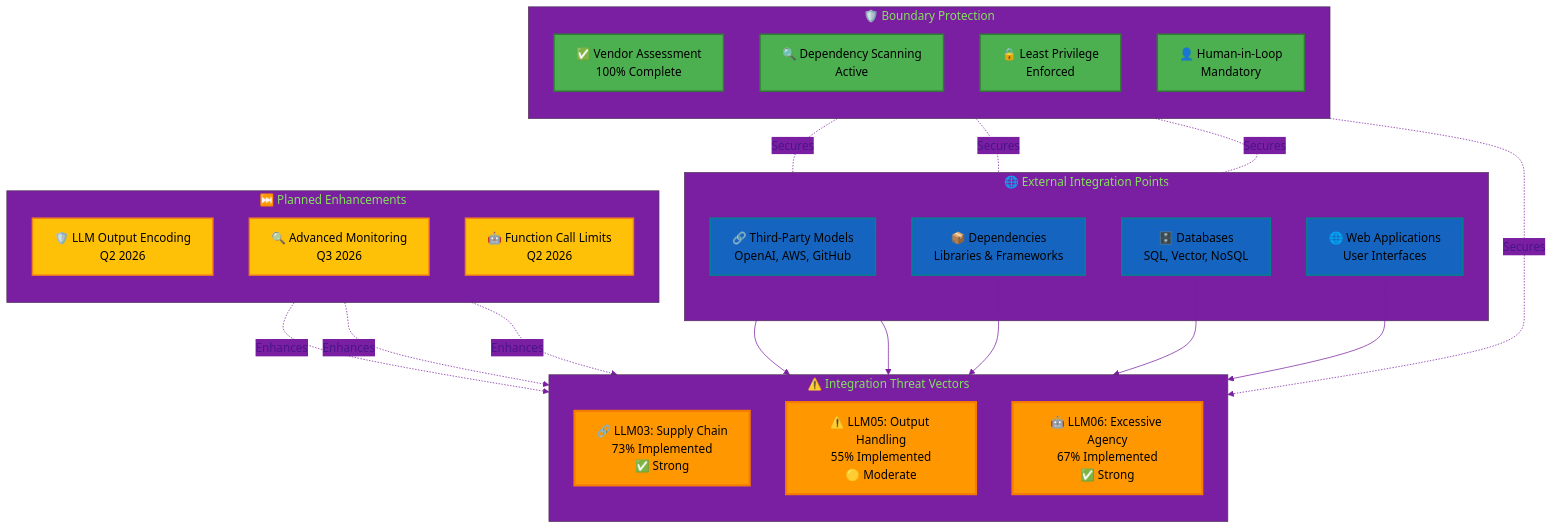
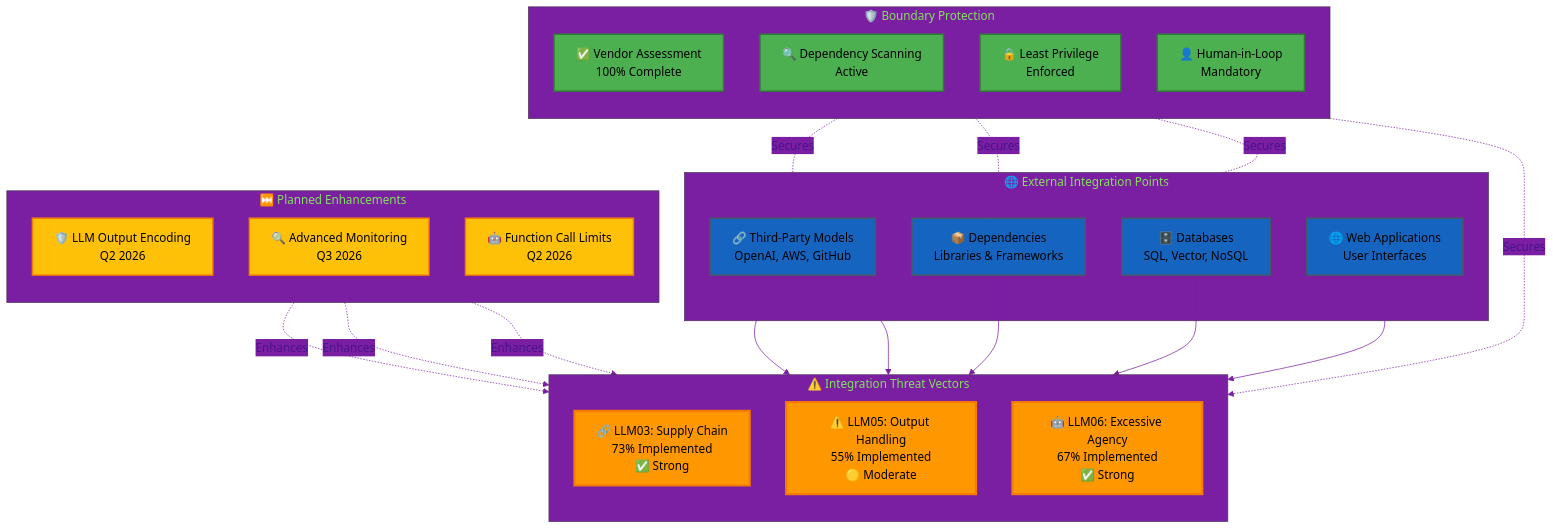
Before and after one commit to Hack23/ISMS-PUBLIC: the ninth of 15 diagrams in OWASP_LLM_Security_Policy.md, drawn with Mermaid. The commit also changed other lines of this file and 18 other files, not shown here.

Commit message:
fix broken mermaid

````diff
--- a/OWASP_LLM_Security_Policy.md
+++ b/OWASP_LLM_Security_Policy.md
@@ -869,68 +869,68 @@
 ```mermaid
 %%{
   init: {
     'theme': 'base',
     'themeVariables': {
       'primaryColor': '#7B1FA2',
-      'primaryTextColor': '#4a148c',
+      'primaryTextColor': '#4A148C',
       'lineColor': '#7b1fa2',
       'secondaryColor': '#7B1FA2',
       'tertiaryColor': '#7B1FA2'
     }
   }
 }%%
 graph TD
     subgraph EXTERNAL["🌐 External Integration Points"]
         E1[🔗 Third-Party Models<br/>OpenAI, AWS, GitHub]
         E2[📦 Dependencies<br/>Libraries & Frameworks]
         E3[🗄️ Databases<br/>SQL, Vector, NoSQL]
         E4[🌐 Web Applications<br/>User Interfaces]
     end
     
     subgraph THREATS["⚠️ Integration Threat Vectors"]
         direction TB
         T1[🔗 LLM03: Supply Chain<br/>73% Implemented<br/>✅ Strong]
         T2[⚠️ LLM05: Output Handling<br/>55% Implemented<br/>🟡 Moderate]
         T3[🤖 LLM06: Excessive Agency<br/>67% Implemented<br/>✅ Strong]
     end
     
     subgraph BOUNDARIES["🛡️ Boundary Protection"]
         direction TB
         B1[✅ Vendor Assessment<br/>100% Complete]
         B2[🔍 Dependency Scanning<br/>Active]
         B3[🔒 Least Privilege<br/>Enforced]
         B4[👤 Human-in-Loop<br/>Mandatory]
     end
     
     subgraph GAPS["⏭️ Planned Enhancements"]
         direction TB
         G1[🛡️ LLM Output Encoding<br/>Q2 2026]
         G2[🔍 Advanced Monitoring<br/>Q3 2026]
         G3[🤖 Function Call Limits<br/>Q2 2026]
     end
     
     E1 --> T1
     E2 --> T1
     E3 --> T2
     E4 --> T2
     E1 --> T3
     
     B1 -.Secures.-> E1
     B2 -.Secures.-> E2
     B3 -.Secures.-> E1
     B4 -.Secures.-> T3
     
     G1 -.Enhances.-> T2
     G2 -.Enhances.-> T1
     G3 -.Enhances.-> T3
     
-    classDef external fill:#1565C0,stroke:#00838f,stroke-width:2px,color:#000000
+    classDef external fill:#1565C0,stroke:#455A64,stroke-width:2px,color:#000000
     classDef threats fill:#FF9800,stroke:#F57C00,stroke-width:3px,color:#000000
     classDef boundaries fill:#4CAF50,stroke:#2e7d32,stroke-width:2px,color:#000000
-    classDef gaps fill:#FFC107,stroke:#f57f17,stroke-width:2px,color:#000000
+    classDef gaps fill:#FFC107,stroke:#F57C00,stroke-width:2px,color:#000000
     
     class E1,E2,E3,E4 external
     class T1,T2,T3 threats
     class B1,B2,B3,B4 boundaries
     class G1,G2,G3 gaps
 ```
````
